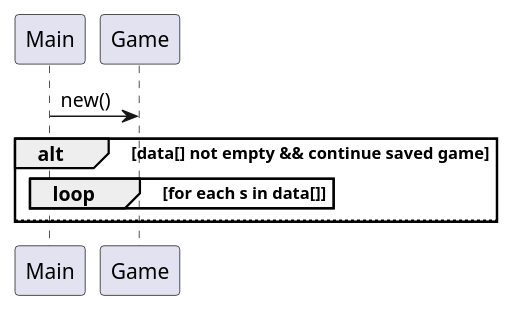
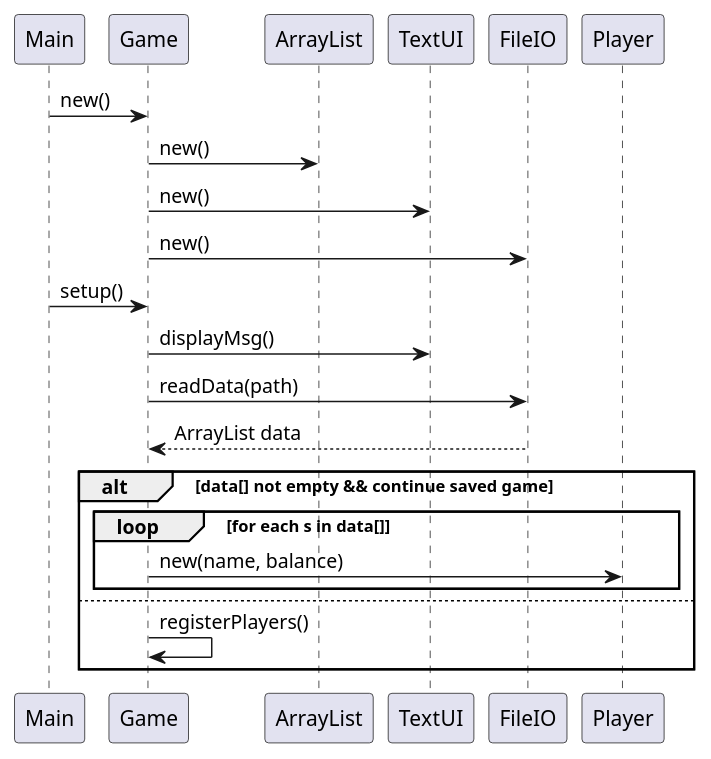
The diagram in doc/Plan/dynamic/sequence_uc1_startGame.puml (Dat1Cphbusiness/MonopolyE24), drawn with PlantUML before and after one commit. The commit also changed 1 other file, not shown here.

Commit message:
Sekvensdiagram for startGame

```diff
--- a/doc/Plan/dynamic/sequence_uc1_startGame.puml
+++ b/doc/Plan/dynamic/sequence_uc1_startGame.puml
@@ -1,17 +1,25 @@
 @startuml
 'https://plantuml.com/sequence-diagram
 
 Main -> Game: new()
+Game -> ArrayList: new()
+Game -> TextUI: new()
+Game -> FileIO: new()
+Main -> Game: setup()
+Game -> TextUI: displayMsg()
+Game -> FileIO: readData(path)
+FileIO --> Game: ArrayList data
 'indsæt instansieringer i Game konstruktor
 'indsæt kaldet til setup()
 'indsæt hvad der sker i toppen af setup()
 alt data[] not empty && continue saved game
 loop for each s in data[]
 'indsæt hvad der sker i loopet
+Game -> Player: new(name, balance)
 end
 else
 'indsæt kaldet til registerPlayers()
-
+Game -> Game: registerPlayers()
 end
 
 @enduml
```
